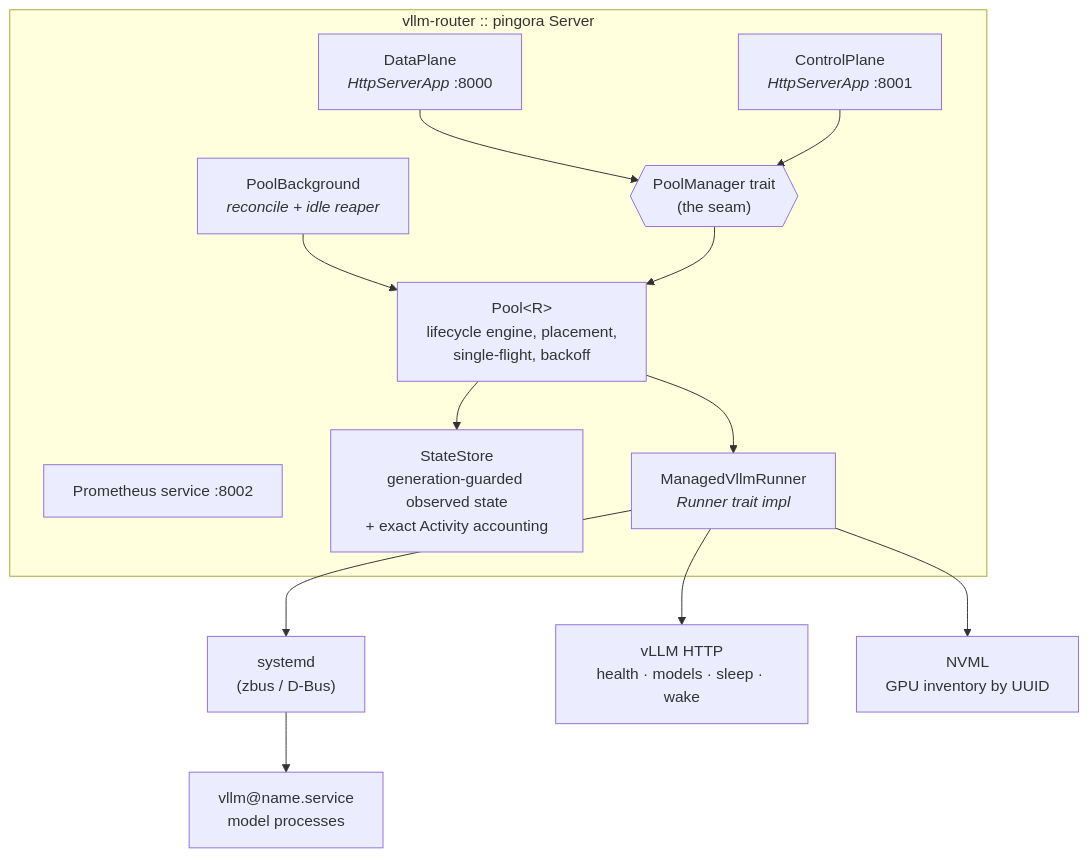
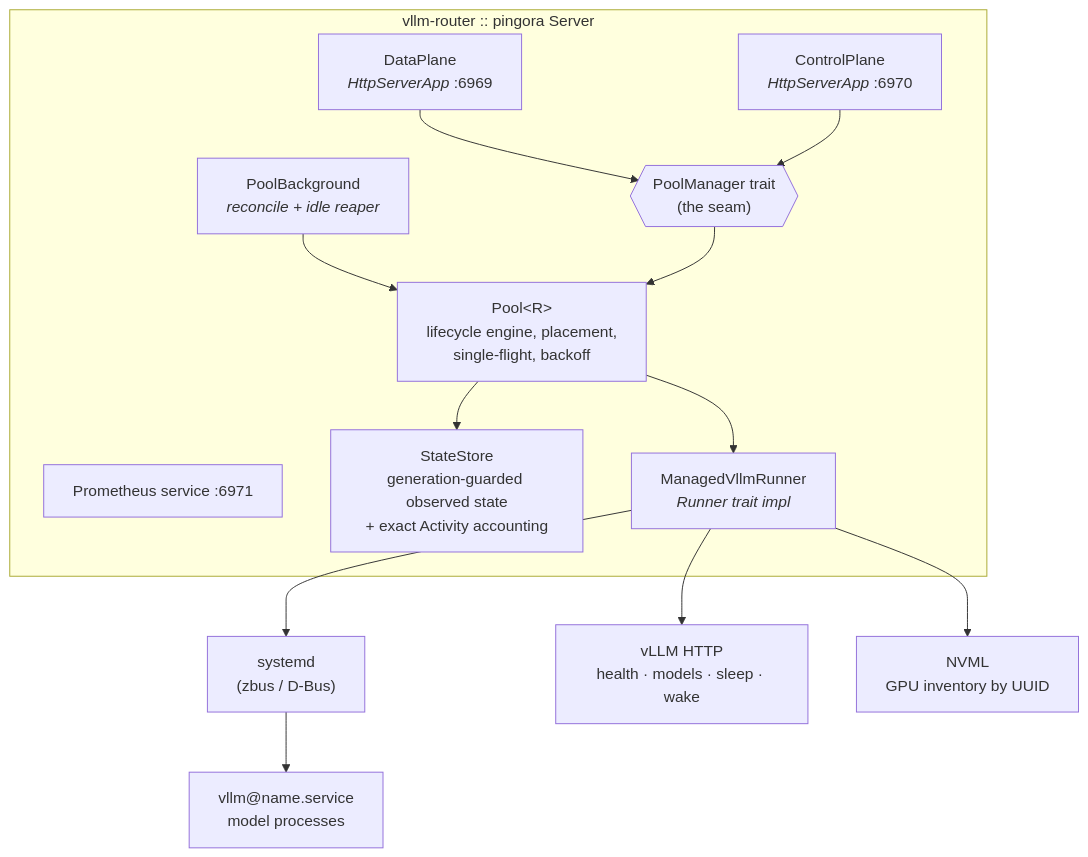
One commit to yankeeinlondon/routable changed the first of 2 diagrams in docs/technical-overview.md. Above: the diagram before and after it, drawn with Mermaid. The commit also changed 5 other files, not shown here.

````diff
--- a/docs/technical-overview.md
+++ b/docs/technical-overview.md
@@ -17,28 +17,28 @@
 ```mermaid
 graph TD
     subgraph binary [vllm-router :: pingora Server]
-        DP["DataPlane<br/><i>HttpServerApp</i> :8000"]
-        CP["ControlPlane<br/><i>HttpServerApp</i> :8001"]
-        MX["Prometheus service :8002"]
+        DP["DataPlane<br/><i>HttpServerApp</i> :6969"]
+        CP["ControlPlane<br/><i>HttpServerApp</i> :6970"]
+        MX["Prometheus service :6971"]
         BG["PoolBackground<br/><i>reconcile + idle reaper</i>"]
         TRAIT{{"PoolManager trait<br/>(the seam)"}}
         POOL["Pool&lt;R&gt;<br/>lifecycle engine, placement,<br/>single-flight, backoff"]
         STATE["StateStore<br/>generation-guarded observed state<br/>+ exact Activity accounting"]
         RUN["ManagedVllmRunner<br/><i>Runner trait impl</i>"]
     end
     SYSD["systemd<br/>(zbus / D-Bus)"]
     VLLM["vLLM HTTP<br/>health · models · sleep · wake"]
     NVML["NVML<br/>GPU inventory by UUID"]
     UNITS["vllm@name.service<br/>model processes"]
 
     DP --> TRAIT
     CP --> TRAIT
     BG --> POOL
     TRAIT --> POOL
     POOL --> STATE
     POOL --> RUN
     RUN --> SYSD
     RUN --> VLLM
     RUN --> NVML
     SYSD --> UNITS
 ```
````
